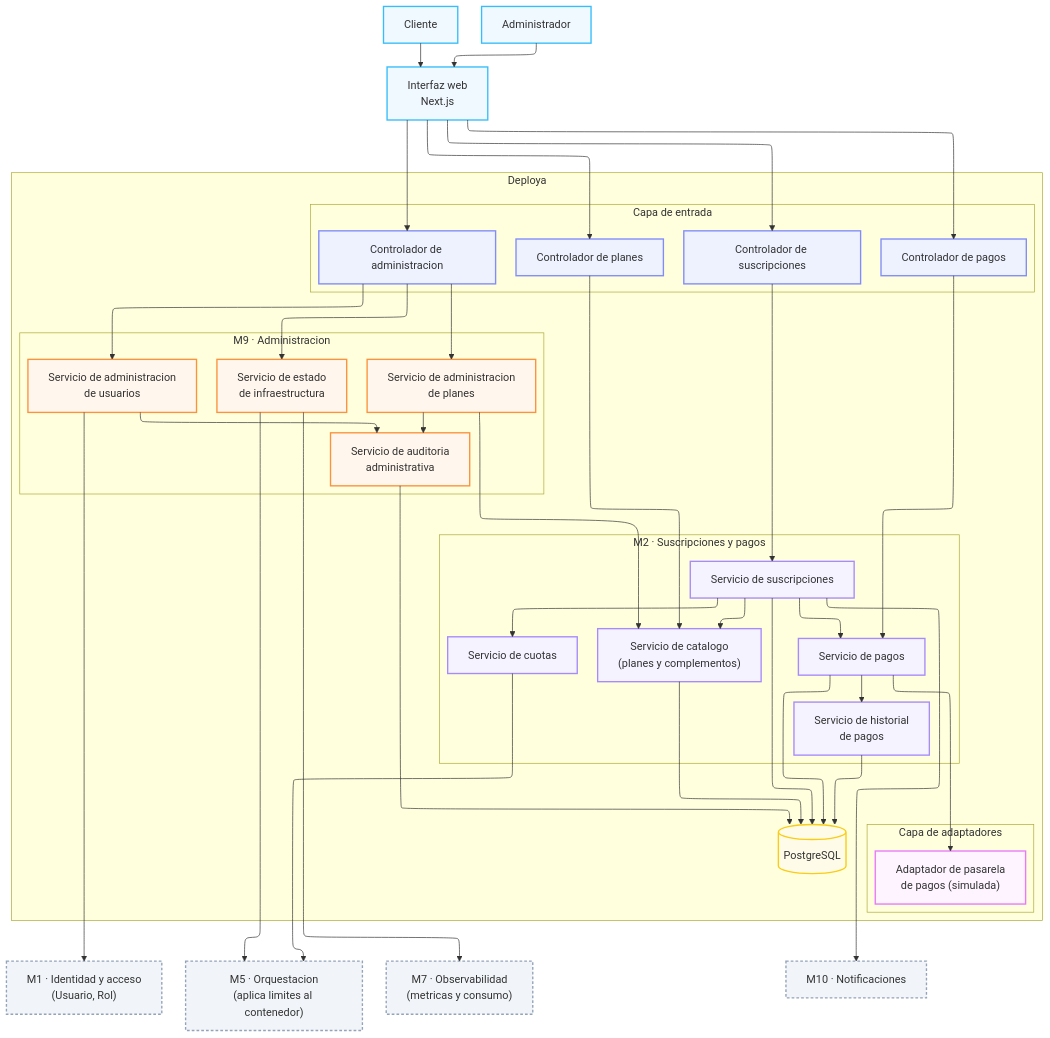
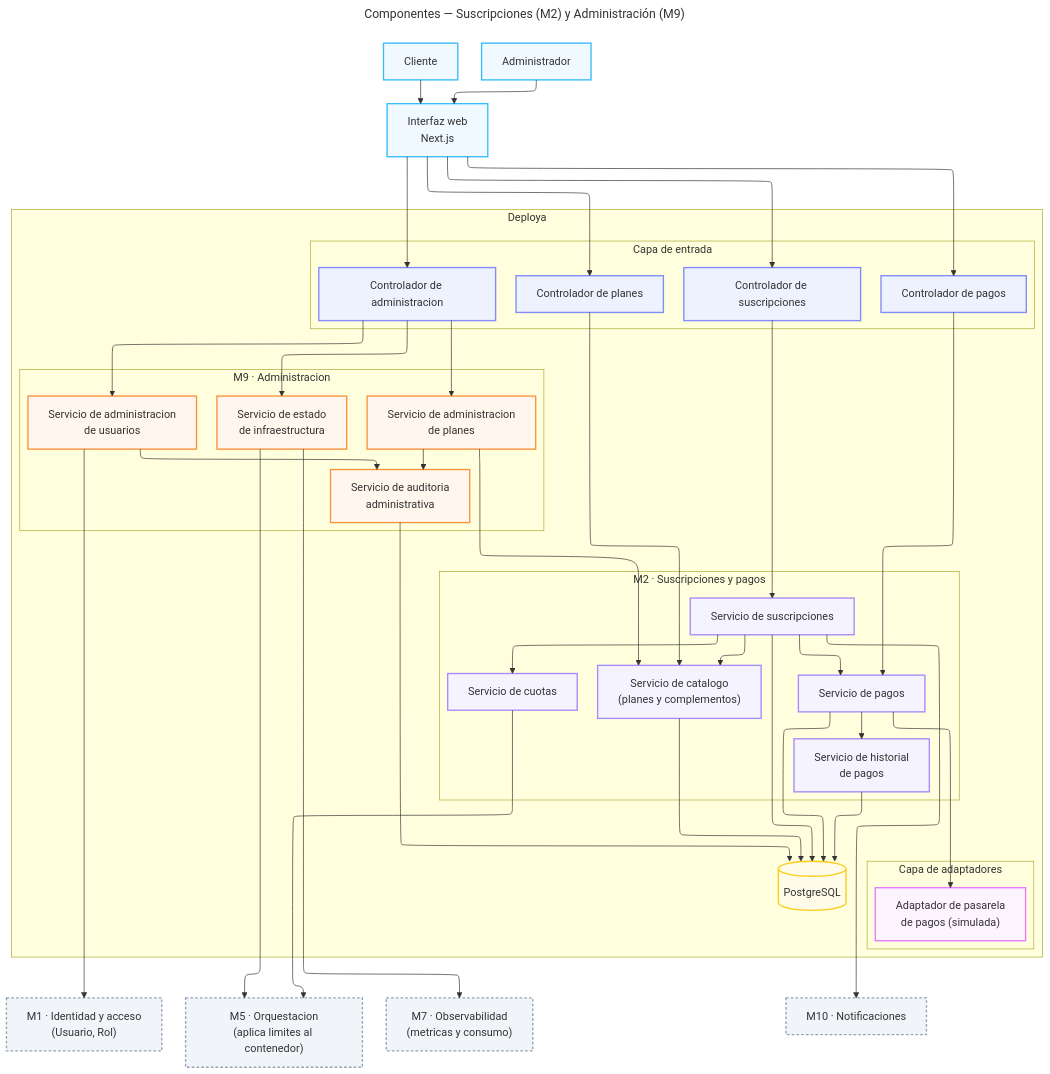
Before and after one commit to derekCmorales/deploya: the diagram in docs/diagramas/m1-m10/m2-m9-componentes.mmd, drawn with Mermaid. The commit also changed 100 other files, not shown here.

```diff
--- a/docs/diagramas/m1-m10/m2-m9-componentes.mmd
+++ b/docs/diagramas/m1-m10/m2-m9-componentes.mmd
@@ -1,98 +1,99 @@
 ---
+title: Componentes — Suscripciones (M2) y Administración (M9)
 config:
   layout: elk
 ---
 flowchart TB
     USER["Cliente"] --> UI["Interfaz web<br/>Next.js"]
     ADMIN_USER["Administrador"] --> UI
 
     subgraph DEPLOYA["Deploya"]
         direction TB
 
         subgraph API["Capa de entrada"]
             direction LR
             PLAN_CTRL["Controlador de planes"]
             SUB_CTRL["Controlador de suscripciones"]
             PAY_CTRL["Controlador de pagos"]
             ADMIN_CTRL["Controlador de administracion"]
         end
 
         subgraph M2["M2 · Suscripciones y pagos"]
             direction TB
             CATALOGO["Servicio de catalogo<br/>(planes y complementos)"]
             SUSCRIPCION["Servicio de suscripciones"]
             PAGOS["Servicio de pagos"]
             CUOTAS["Servicio de cuotas"]
             HISTORIAL["Servicio de historial<br/>de pagos"]
         end
 
         subgraph M9["M9 · Administracion"]
             direction TB
             ADMIN_USUARIOS["Servicio de administracion<br/>de usuarios"]
             ADMIN_PLANES["Servicio de administracion<br/>de planes"]
             ADMIN_INFRA["Servicio de estado<br/>de infraestructura"]
             ADMIN_AUDIT["Servicio de auditoria<br/>administrativa"]
         end
 
         subgraph ADAPTERS["Capa de adaptadores"]
             direction TB
             PAY_ADAPTER["Adaptador de pasarela<br/>de pagos (simulada)"]
         end
 
         DB[("PostgreSQL")]
     end
 
     M1_USUARIO["M1 · Identidad y acceso<br/>(Usuario, Rol)"]
     M5_ORQUESTA["M5 · Orquestacion<br/>(aplica limites al contenedor)"]
     M7_OBSERVA["M7 · Observabilidad<br/>(metricas y consumo)"]
     M10_NOTIF["M10 · Notificaciones"]
 
     UI --> PLAN_CTRL
     UI --> SUB_CTRL
     UI --> PAY_CTRL
     UI --> ADMIN_CTRL
 
     PLAN_CTRL --> CATALOGO
     SUB_CTRL --> SUSCRIPCION
     PAY_CTRL --> PAGOS
     ADMIN_CTRL --> ADMIN_USUARIOS
     ADMIN_CTRL --> ADMIN_PLANES
     ADMIN_CTRL --> ADMIN_INFRA
 
     SUSCRIPCION --> CATALOGO
     SUSCRIPCION --> CUOTAS
     SUSCRIPCION --> PAGOS
     PAGOS --> HISTORIAL
     PAGOS --> PAY_ADAPTER
 
     ADMIN_PLANES --> CATALOGO
     ADMIN_USUARIOS --> M1_USUARIO
     ADMIN_INFRA --> M5_ORQUESTA
     ADMIN_INFRA --> M7_OBSERVA
 
     CUOTAS --> M5_ORQUESTA
     SUSCRIPCION --> M10_NOTIF
     ADMIN_PLANES --> ADMIN_AUDIT
     ADMIN_USUARIOS --> ADMIN_AUDIT
 
     CATALOGO --> DB
     SUSCRIPCION --> DB
     PAGOS --> DB
     HISTORIAL --> DB
     ADMIN_AUDIT --> DB
 
     classDef external fill:#f0f9ff,stroke:#38bdf8,stroke-width:2px;
     classDef entry fill:#eef2ff,stroke:#818cf8,stroke-width:2px;
     classDef suscripciones fill:#f5f3ff,stroke:#a78bfa,stroke-width:2px;
     classDef administracion fill:#fff7ed,stroke:#fb923c,stroke-width:2px;
     classDef adapter fill:#fdf4ff,stroke:#e879f9,stroke-width:2px;
     classDef data fill:#fefce8,stroke:#facc15,stroke-width:2px;
     classDef otromodulo fill:#f1f5f9,stroke:#94a3b8,stroke-width:2px,stroke-dasharray: 4 3;
 
     class USER,ADMIN_USER,UI external;
     class PLAN_CTRL,SUB_CTRL,PAY_CTRL,ADMIN_CTRL entry;
     class CATALOGO,SUSCRIPCION,PAGOS,CUOTAS,HISTORIAL suscripciones;
     class ADMIN_USUARIOS,ADMIN_PLANES,ADMIN_INFRA,ADMIN_AUDIT administracion;
     class PAY_ADAPTER adapter;
     class DB data;
     class M1_USUARIO,M5_ORQUESTA,M7_OBSERVA,M10_NOTIF otromodulo;
```
